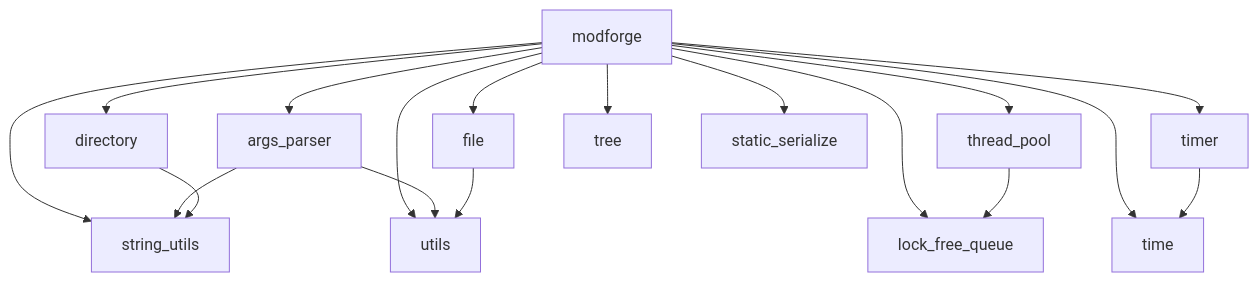
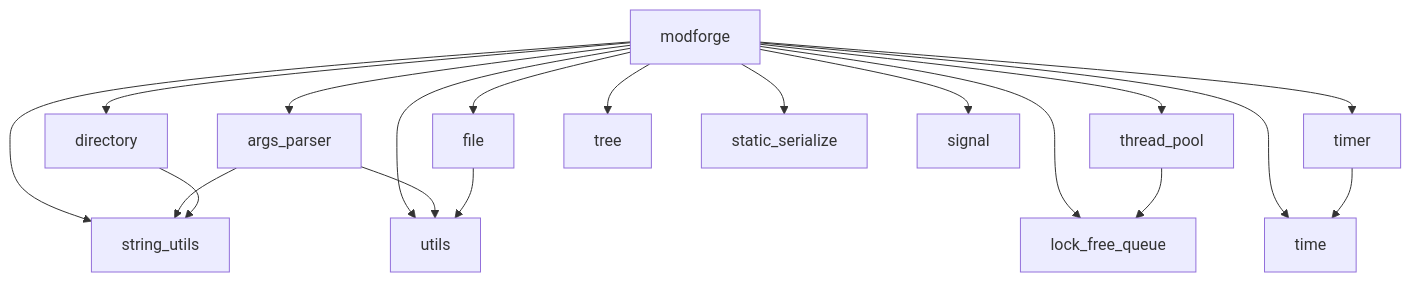
The diagram in README.md (hexne/modforge), drawn with Mermaid before and after one commit. The commit also changed other lines of this file and 5 other files, not shown here.

````diff
--- a/README.md
+++ b/README.md
@@ -35,21 +35,22 @@
 ```mermaid
 graph TD
     modforge --> args_parser
     modforge --> directory
     modforge --> file
     modforge --> lock_free_queue
     modforge --> thread_pool
     modforge --> time
     modforge --> timer
     modforge --> tree
     modforge --> utils
     modforge --> string_utils
     modforge --> static_serialize
+    modforge --> signal
 
     args_parser --> string_utils
     args_parser --> utils
     directory --> string_utils
     file --> utils
     thread_pool --> lock_free_queue
     timer --> time
 ```
````
